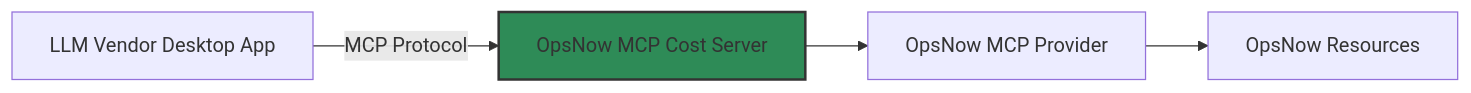
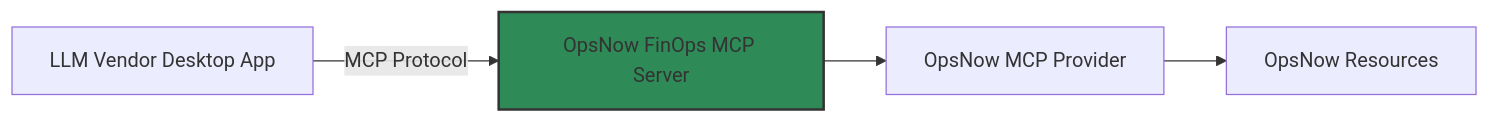
One commit to taejulee/opsnow-finops-mcp-server changed the diagram in README.md. Above: the diagram before and after it, drawn with Mermaid. The commit also changed other lines of this file, not shown here.

````diff
--- a/README.md
+++ b/README.md
@@ -7,8 +7,8 @@
 ```mermaid
 graph LR
-    A[LLM Vendor Desktop App] --> |MCP Protocol| B[OpsNow MCP Cost Server]:::highlight
+    A[LLM Vendor Desktop App] --> |MCP Protocol| B[OpsNow FinOps MCP Server]:::highlight
     B --> C[OpsNow MCP Provider]
     C --> D[OpsNow Resources]
     
     classDef highlight fill:#2e8b57,stroke:#333,stroke-width:2px;
 ```
````
